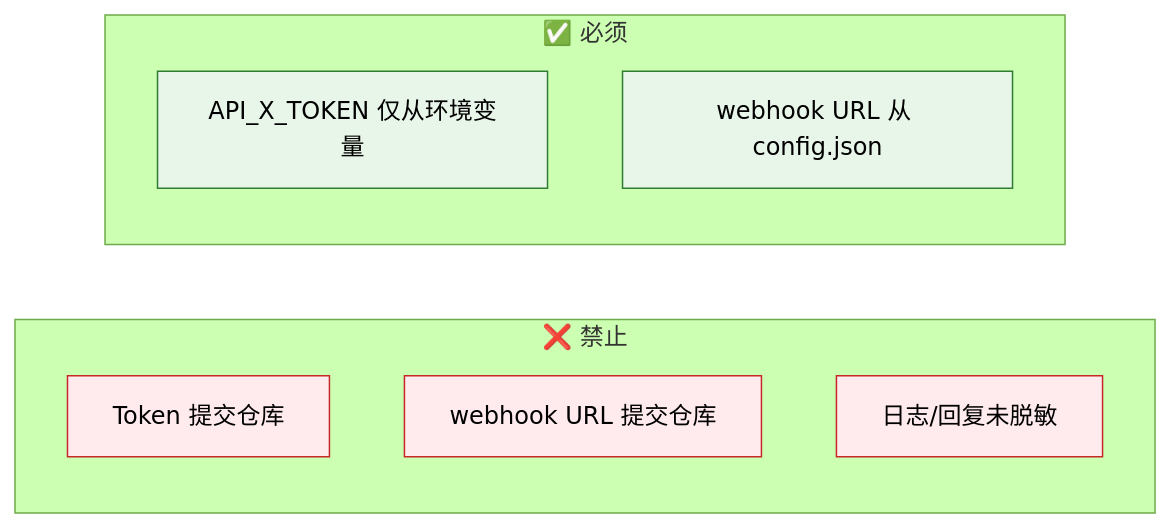
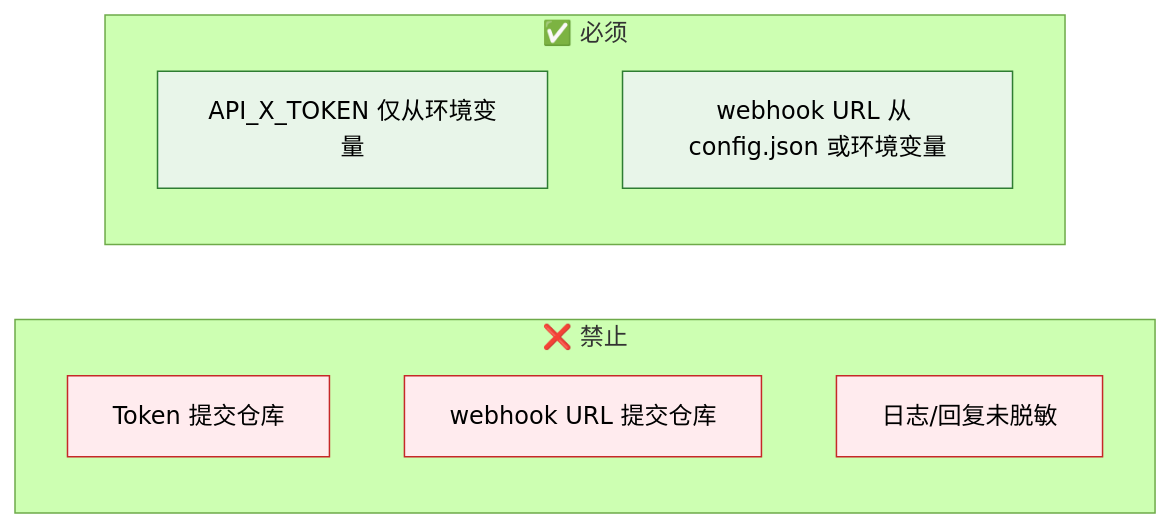
Before and after one commit to effiy/YrY: the seventh of 11 diagrams in skills/wework-bot/SKILL.md, drawn with Mermaid (forest theme). The commit also changed other lines of this file and 14 other files, not shown here.

````diff
--- a/skills/wework-bot/SKILL.md
+++ b/skills/wework-bot/SKILL.md
@@ -200,15 +259,15 @@
 ```mermaid
 flowchart LR
     subgraph 禁止["❌ 禁止"]
         X1["Token 提交仓库"]:::block
         X2["webhook URL 提交仓库"]:::block
         X3["日志/回复未脱敏"]:::block
     end
     subgraph 必须["✅ 必须"]
         C1["API_X_TOKEN 仅从环境变量"]:::ok
-        C2["webhook URL 从 config.json"]:::ok
+        C2["webhook URL 从 config.json 或环境变量"]:::ok
     end
 
     classDef block fill:#ffebee,stroke:#c62828;
     classDef ok fill:#e8f5e9,stroke:#2e7d32;
 ```
````
